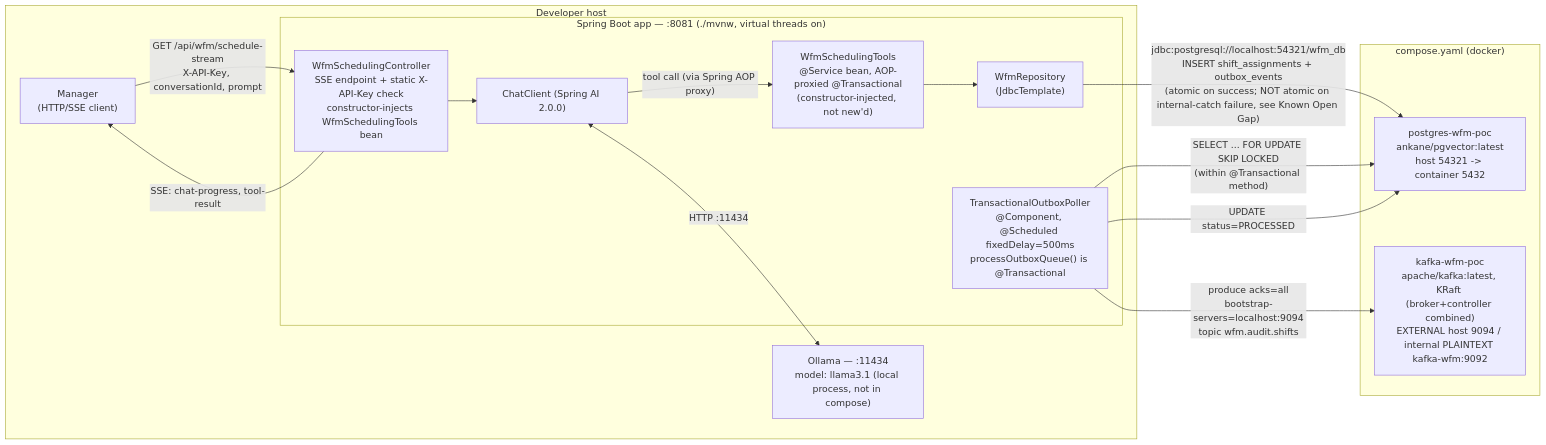
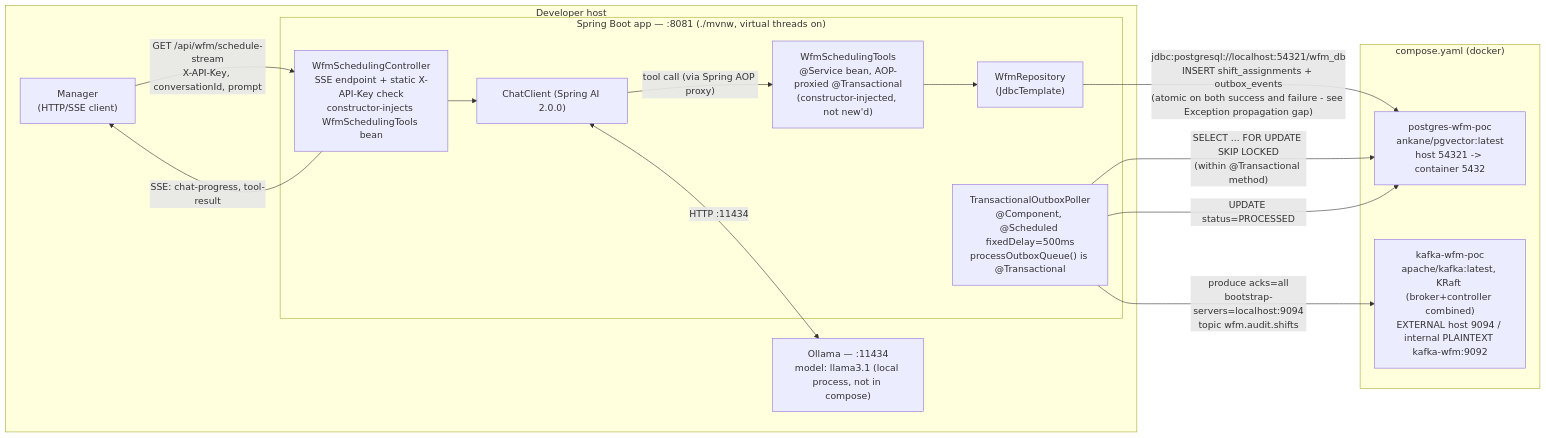
Before and after one commit to ypradeep4u81-afk/workforce-ai-mvc-poc: the second of 2 diagrams in docs/ARCHITECTURE.md, drawn with Mermaid. The commit also changed other lines of this file, not shown here.

````diff
--- a/docs/ARCHITECTURE.md
+++ b/docs/ARCHITECTURE.md
@@ -122,32 +148,32 @@
 ```mermaid
 flowchart LR
     subgraph Host["Developer host"]
         Manager["Manager<br/>(HTTP/SSE client)"]
 
         subgraph App["Spring Boot app — :8081 (./mvnw, virtual threads on)"]
             Controller["WfmSchedulingController<br/>SSE endpoint + static X-API-Key check<br/>constructor-injects WfmSchedulingTools bean"]
             ChatClientNode["ChatClient (Spring AI 2.0.0)"]
             ToolsNode["WfmSchedulingTools<br/>@Service bean, AOP-proxied @Transactional<br/>(constructor-injected, not new'd)"]
             Repo["WfmRepository<br/>(JdbcTemplate)"]
             Poller["TransactionalOutboxPoller<br/>@Component, @Scheduled fixedDelay=500ms<br/>processOutboxQueue() is @Transactional"]
         end
 
         Ollama["Ollama — :11434<br/>model: llama3.1 (local process, not in compose)"]
     end
 
     subgraph Compose["compose.yaml (docker)"]
         Postgres["postgres-wfm-poc<br/>ankane/pgvector:latest<br/>host 54321 -> container 5432"]
         Kafka["kafka-wfm-poc<br/>apache/kafka:latest, KRaft (broker+controller combined)<br/>EXTERNAL host 9094 / internal PLAINTEXT kafka-wfm:9092"]
     end
 
     Manager -->|"GET /api/wfm/schedule-stream<br/>X-API-Key, conversationId, prompt"| Controller
     Controller -->|SSE: chat-progress, tool-result| Manager
     Controller --> ChatClientNode
     ChatClientNode <-->|"HTTP :11434"| Ollama
     ChatClientNode -->|"tool call (via Spring AOP proxy)"| ToolsNode
     ToolsNode --> Repo
-    Repo -->|"jdbc:postgresql://localhost:54321/wfm_db<br/>INSERT shift_assignments + outbox_events<br/>(atomic on success; NOT atomic on internal-catch failure, see Known Open Gap)"| Postgres
+    Repo -->|"jdbc:postgresql://localhost:54321/wfm_db<br/>INSERT shift_assignments + outbox_events<br/>(atomic on both success and failure - see Exception propagation gap)"| Postgres
     Poller -->|"SELECT ... FOR UPDATE SKIP LOCKED<br/>(within @Transactional method)"| Postgres
     Poller -->|"UPDATE status=PROCESSED"| Postgres
     Poller -->|"produce acks=all<br/>bootstrap-servers=localhost:9094<br/>topic wfm.audit.shifts"| Kafka
 ```
````
